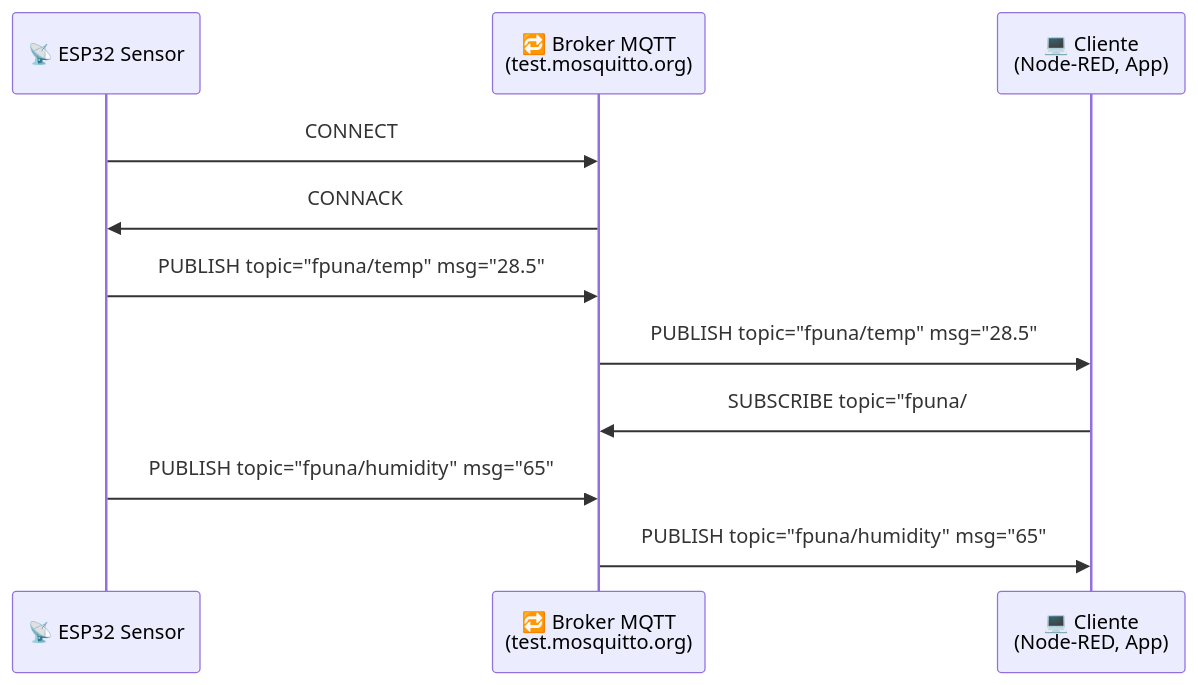
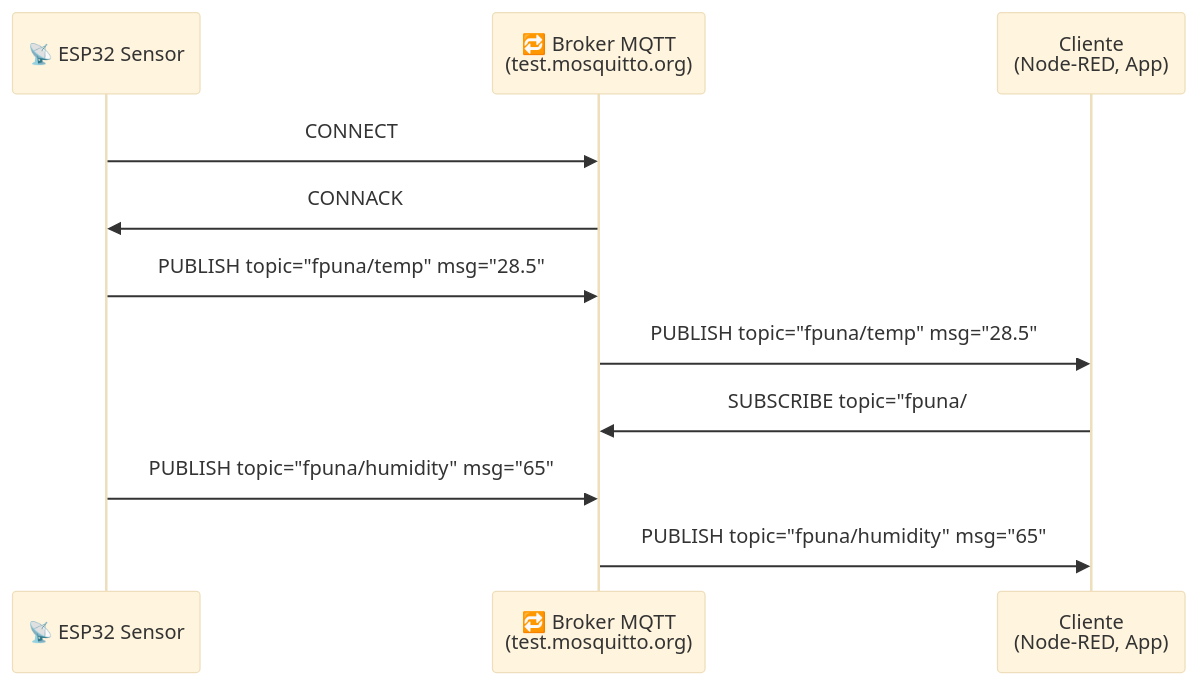
Diagram 12 of 16 in courses/🟡-development/FPUNA-2026/02-ELECTRONICA-AUTOMATIZACION/03-desarrollo-firmware.md (Ai-Whisperers/Courses-Content), drawn with Mermaid before and after one commit. The commit also changed other lines of this file and 47 other files, not shown here.

First line of the commit message:
fix: Make all 473 diagrams WCAG AAA accessible (FPUNA-2026)

````diff
--- a/courses/🟡-development/FPUNA-2026/02-ELECTRONICA-AUTOMATIZACION/03-desarrollo-firmware.md
+++ b/courses/🟡-development/FPUNA-2026/02-ELECTRONICA-AUTOMATIZACION/03-desarrollo-firmware.md
@@ -876,14 +887,15 @@
 ```mermaid
+%%{init: {'theme':'base', 'themeVariables': {'fontSize':'18px'}}}%%
 sequenceDiagram
     participant S as 📡 ESP32 Sensor
     participant B as 🔁 Broker MQTT<br/>(test.mosquitto.org)
-    participant C as 💻 Cliente<br/>(Node-RED, App)
+    participant C as Cliente<br/>(Node-RED, App)
     
     S->>B: CONNECT
     B->>S: CONNACK
     S->>B: PUBLISH topic="fpuna/temp" msg="28.5"
     B->>C: PUBLISH topic="fpuna/temp" msg="28.5"
     C->>B: SUBSCRIBE topic="fpuna/#"
     S->>B: PUBLISH topic="fpuna/humidity" msg="65"
     B->>C: PUBLISH topic="fpuna/humidity" msg="65"
 ```
````
